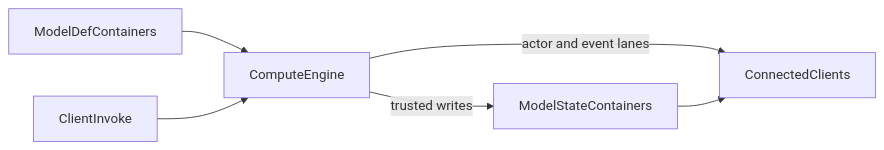
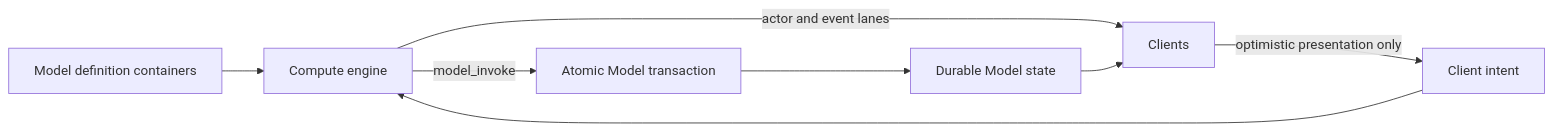
One commit to CrowdedKingdoms/cks-docs changed the second of 2 diagrams in docs-game-api/model-vs-compute.md. Above: the diagram before and after it, drawn with Mermaid. The commit also changed other lines of this file and 9 other files, not shown here.

````diff
--- a/docs-game-api/model-vs-compute.md
+++ b/docs-game-api/model-vs-compute.md
@@ -55,8 +131,10 @@
 ```mermaid
 flowchart LR
-  Defs[ModelDefContainers] --> Engine[ComputeEngine]
-  Player[ClientInvoke] --> Engine
-  Engine -->|trusted writes| Durable[ModelStateContainers]
-  Engine -->|actor and event lanes| Clients[ConnectedClients]
+  Defs[Model definition containers] --> Engine[Compute engine]
+  Player[Client intent] --> Engine
+  Engine -->|model_invoke| Tx[Atomic Model transaction]
+  Engine -->|actor and event lanes| Clients[Clients]
+  Tx --> Durable[Durable Model state]
   Durable --> Clients
+  Clients -->|optimistic presentation only| Player
 ```
````
